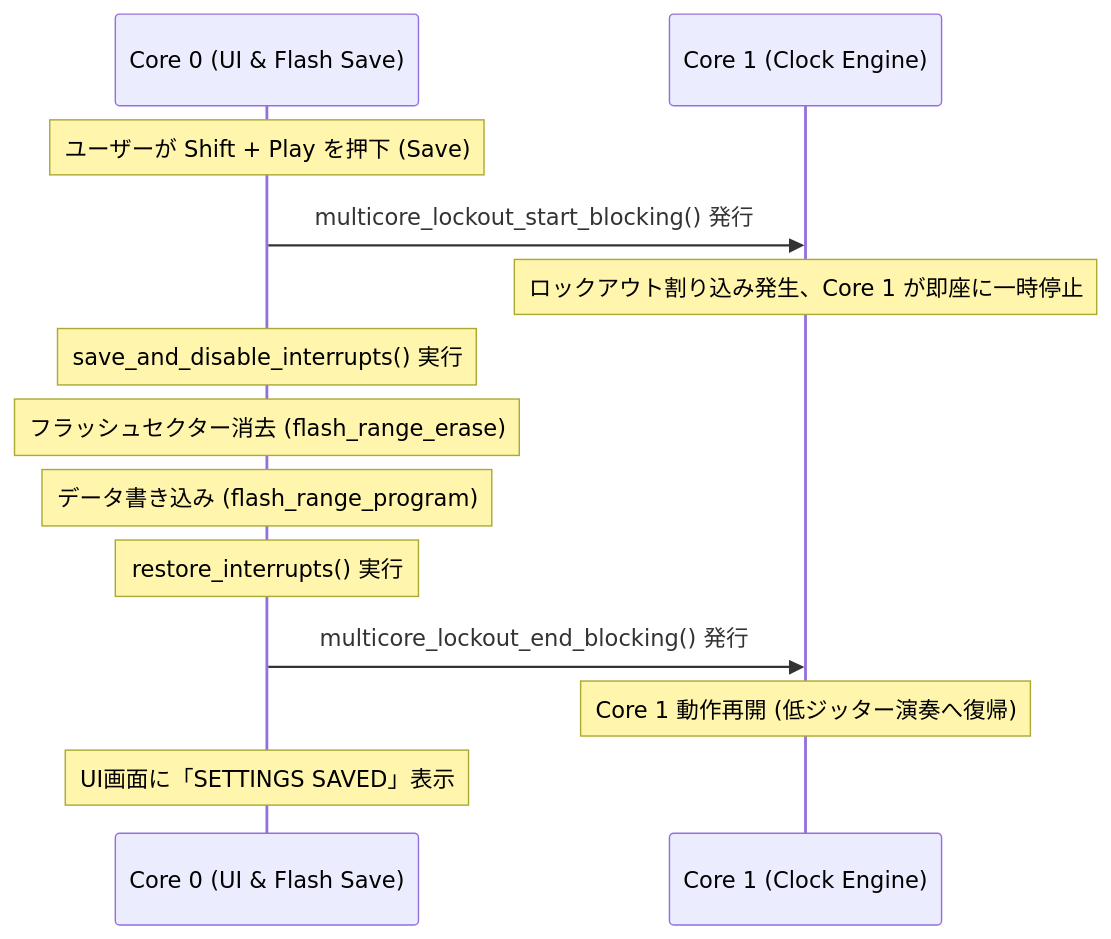
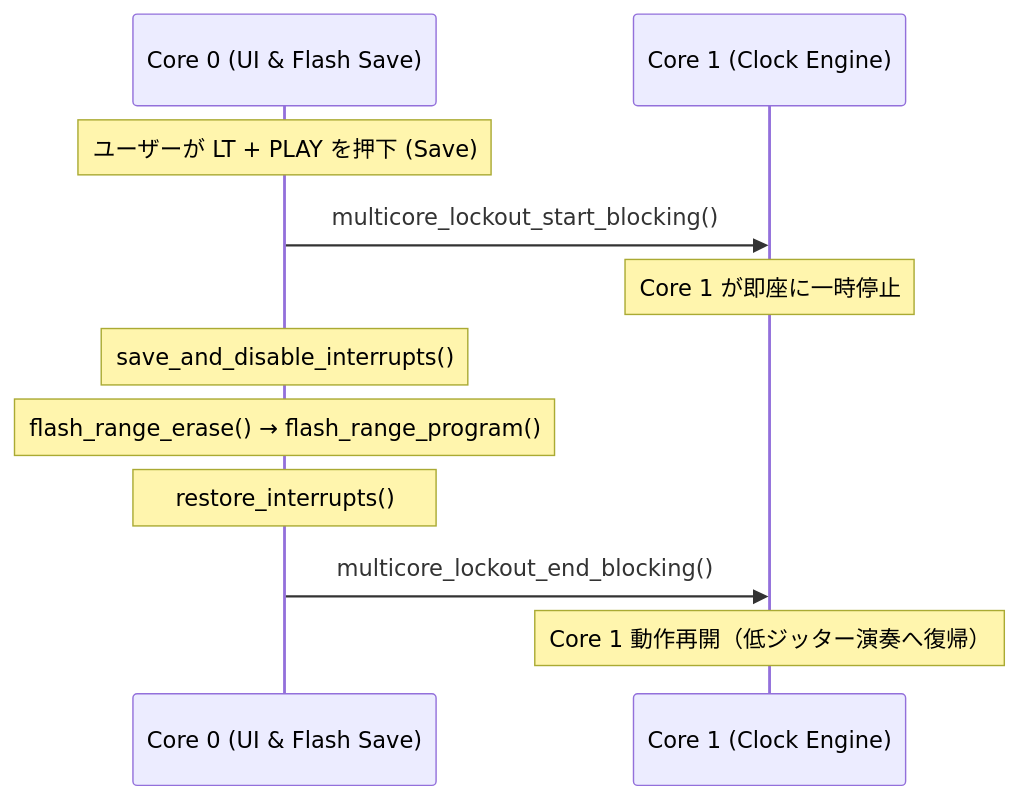
The second of 2 diagrams in ARCHITECTURE.md (ijnekenamay/generative-midi-sequencer), drawn with Mermaid before and after one commit. The commit also changed other lines of this file and 10 other files, not shown here.

````diff
--- a/ARCHITECTURE.md
+++ b/ARCHITECTURE.md
@@ -186,16 +216,14 @@
 ```mermaid
 sequenceDiagram
     participant Core0 as Core 0 (UI & Flash Save)
     participant Core1 as Core 1 (Clock Engine)
-    
-    Note over Core0: ユーザーが Shift + Play を押下 (Save)
-    Core0->>Core1: multicore_lockout_start_blocking() 発行
-    Note over Core1: ロックアウト割り込み発生、Core 1 が即座に一時停止
-    Note over Core0: save_and_disable_interrupts() 実行
-    Note over Core0: フラッシュセクター消去 (flash_range_erase)
-    Note over Core0: データ書き込み (flash_range_program)
-    Note over Core0: restore_interrupts() 実行
-    Core0->>Core1: multicore_lockout_end_blocking() 発行
-    Note over Core1: Core 1 動作再開 (低ジッター演奏へ復帰)
-    Note over Core0: UI画面に「SETTINGS SAVED」表示
+
+    Note over Core0: ユーザーが LT + PLAY を押下 (Save)
+    Core0->>Core1: multicore_lockout_start_blocking()
+    Note over Core1: Core 1 が即座に一時停止
+    Note over Core0: save_and_disable_interrupts()
+    Note over Core0: flash_range_erase() → flash_range_program()
+    Note over Core0: restore_interrupts()
+    Core0->>Core1: multicore_lockout_end_blocking()
+    Note over Core1: Core 1 動作再開（低ジッター演奏へ復帰）
 ```
````
